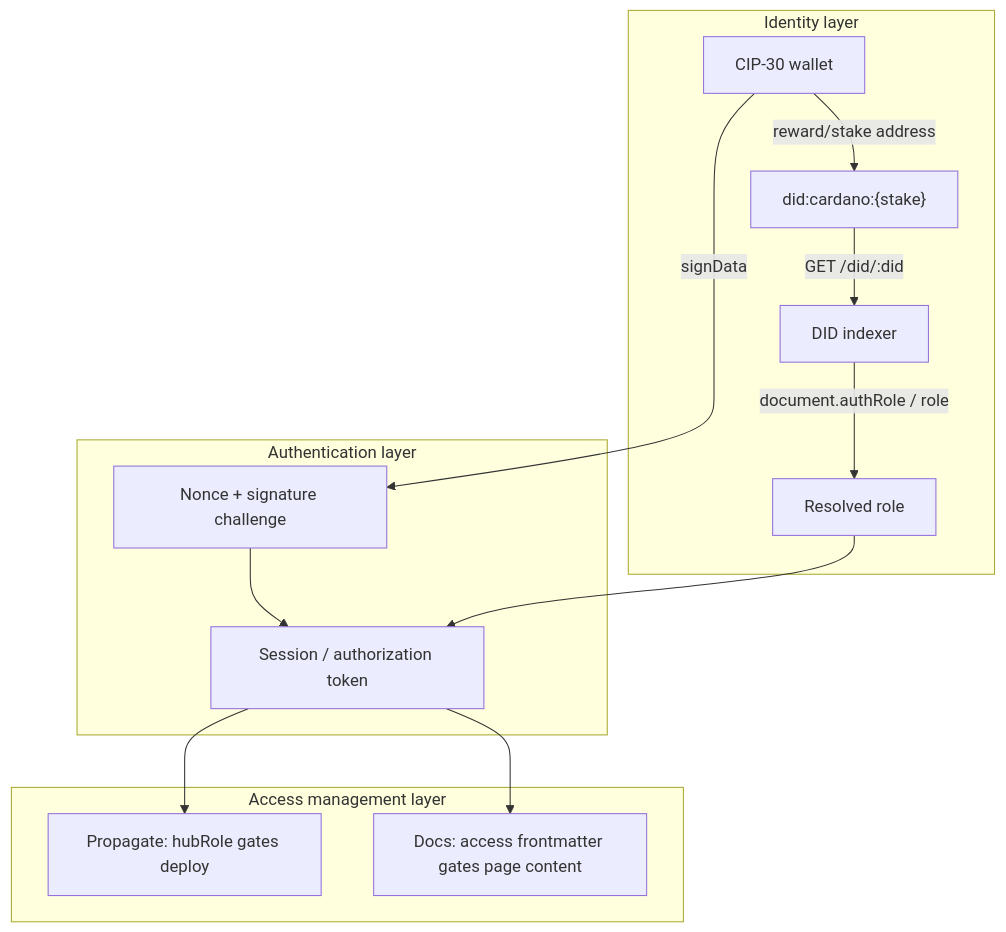
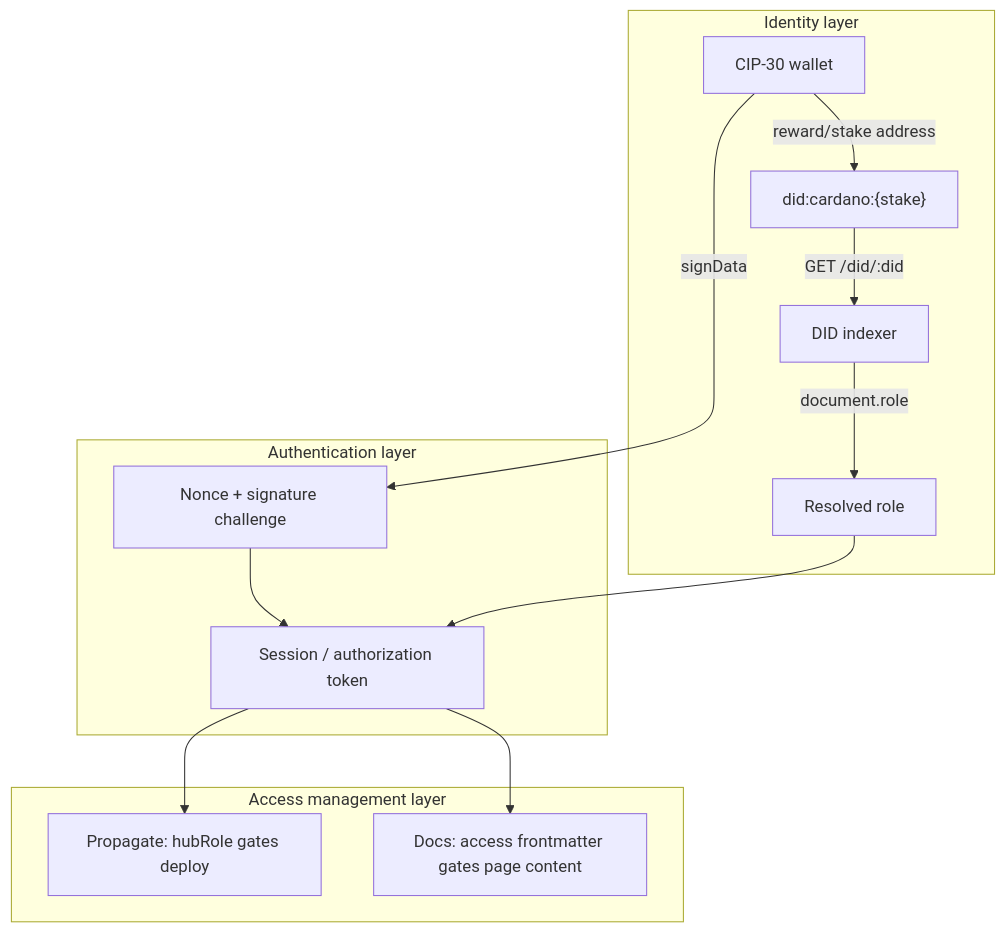
One commit to prisma-collective/dids changed the first of 3 diagrams in documentation/m3b.md. Above: the diagram before and after it, drawn with Mermaid. The commit also changed other lines of this file, not shown here.

First line of the commit message:
Refactor documentation to remove 'authRole' references

````diff
--- a/documentation/m3b.md
+++ b/documentation/m3b.md
@@ -33,26 +33,26 @@
 ```mermaid
 flowchart TB
   subgraph identity["Identity layer"]
     Wallet["CIP-30 wallet"]
     DID["did:cardano:{stake}"]
     Indexer["DID indexer"]
     Wallet -->|"reward/stake address"| DID
     DID -->|"GET /did/:did"| Indexer
-    Indexer -->|"document.authRole / role"| Role["Resolved role"]
+    Indexer -->|"document.role"| Role["Resolved role"]
   end
 
   subgraph auth["Authentication layer"]
     Nonce["Nonce + signature challenge"]
     Session["Session / authorization token"]
     Wallet -->|"signData"| Nonce
     Nonce --> Session
     Role --> Session
   end
 
   subgraph access["Access management layer"]
     PropagateGate["Propagate: hubRole gates deploy"]
     DocsGate["Docs: access frontmatter gates page content"]
     Session --> PropagateGate
     Session --> DocsGate
   end
 ```
````
